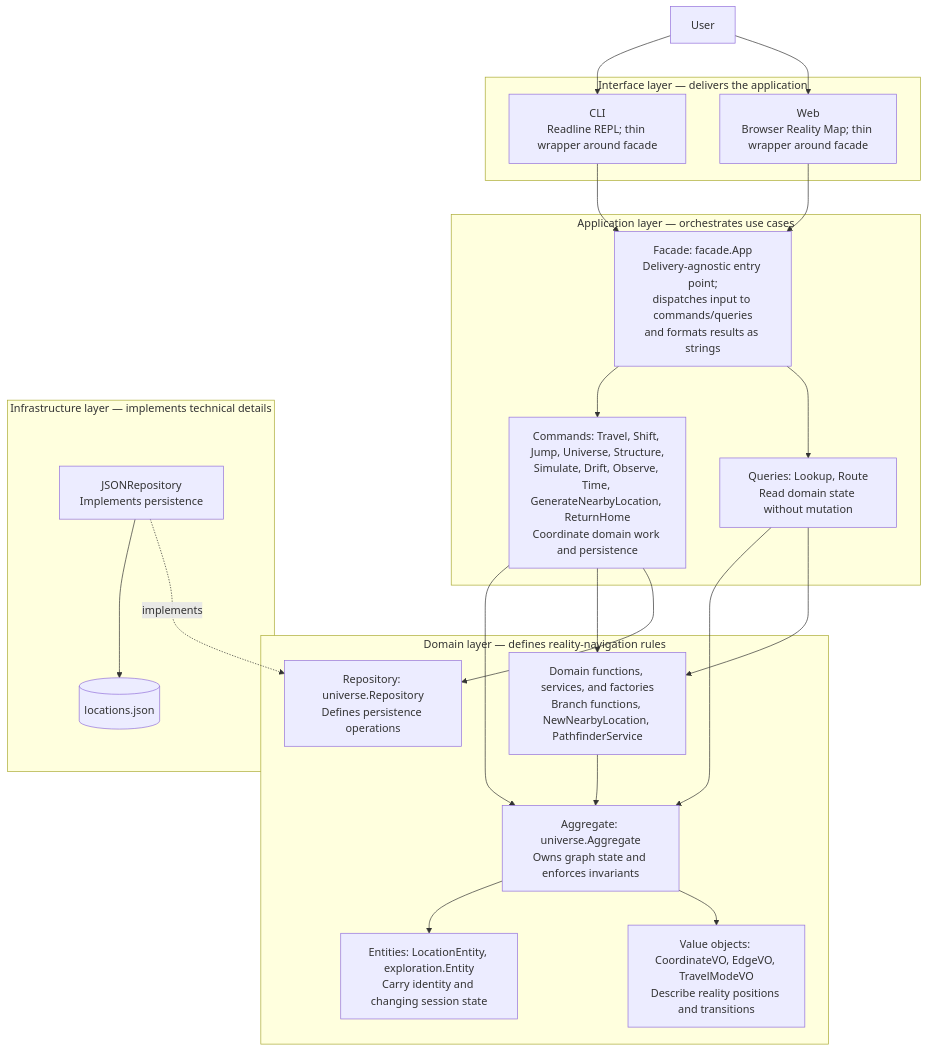
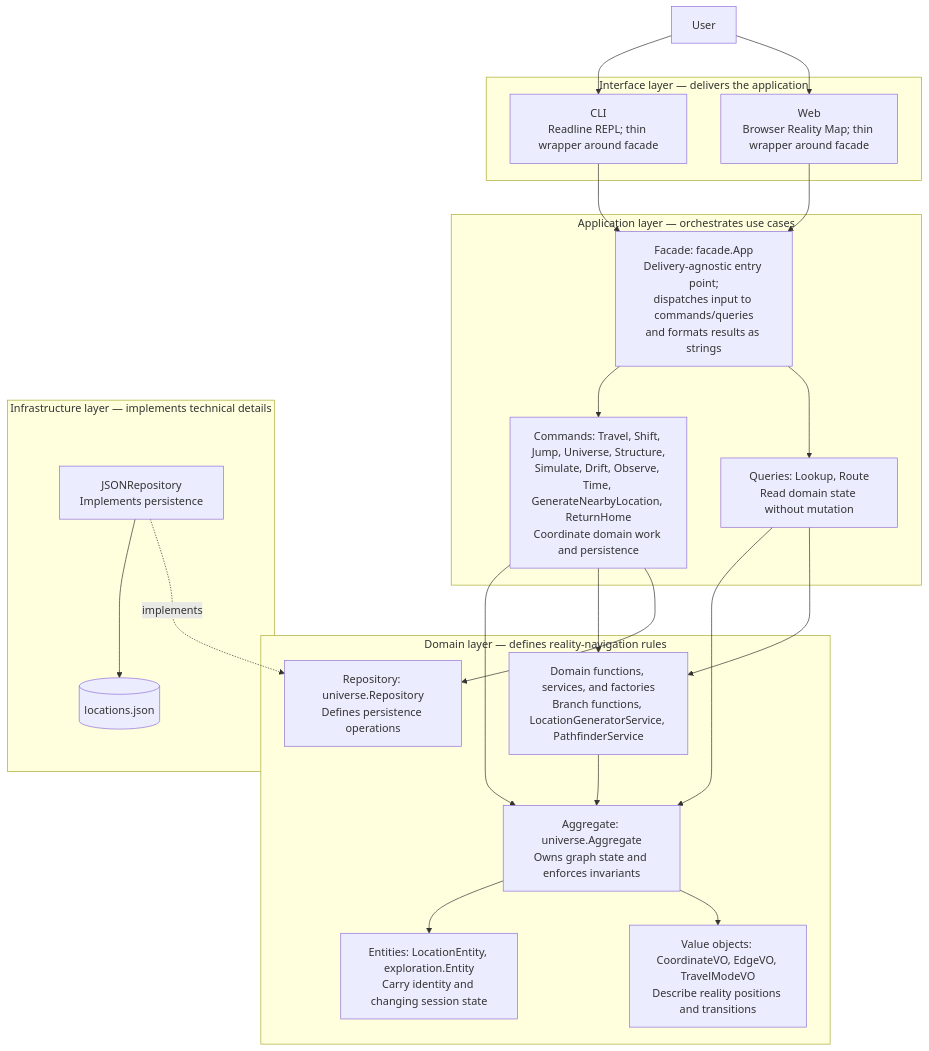
One commit to petherin/onto changed the diagram in docs/DDD.md. Above: the diagram before and after it, drawn with Mermaid. The commit also changed other lines of this file and 1 other file, not shown here.

````diff
--- a/docs/DDD.md
+++ b/docs/DDD.md
@@ -31,43 +31,43 @@
 ```mermaid
 flowchart TB
     subgraph Domain["Domain layer — defines reality-navigation rules"]
         Aggregate["Aggregate: universe.Aggregate<br/>Owns graph state and enforces invariants"]
         Entities["Entities: LocationEntity, exploration.Entity<br/>Carry identity and changing session state"]
         Values["Value objects: CoordinateVO, EdgeVO, TravelModeVO<br/>Describe reality positions and transitions"]
-        Services["Domain functions, services, and factories<br/>Branch functions, NewNearbyLocation, PathfinderService"]
+        Services["Domain functions, services, and factories<br/>Branch functions, LocationGeneratorService, PathfinderService"]
         Repository["Repository: universe.Repository<br/>Defines persistence operations"]
         Aggregate --> Entities
         Aggregate --> Values
         Services --> Aggregate
     end
 
     subgraph Application["Application layer — orchestrates use cases"]
         Facade["Facade: facade.App<br/>Delivery-agnostic entry point;<br/>dispatches input to commands/queries<br/>and formats results as strings"]
         Commands["Commands: Travel, Shift, Jump, Universe, Structure,<br/>Simulate, Drift, Observe, Time, GenerateNearbyLocation, ReturnHome<br/>Coordinate domain work and persistence"]
         Queries["Queries: Lookup, Route<br/>Read domain state without mutation"]
         Facade --> Commands
         Facade --> Queries
     end
 
     subgraph Interface["Interface layer — delivers the application"]
         CLI["CLI<br/>Readline REPL; thin wrapper around facade"]
         WEB["Web<br/>Browser Reality Map; thin wrapper around facade"]
     end
 
     subgraph Infrastructure["Infrastructure layer — implements technical details"]
         JSON["JSONRepository<br/>Implements persistence"]
         Data[(locations.json)]
         JSON --> Data
     end
 
     User[User] --> CLI
     User --> WEB
     CLI --> Facade
     WEB --> Facade
     Commands --> Aggregate
     Commands --> Services
     Commands --> Repository
     Queries --> Aggregate
     Queries --> Services
     JSON -. implements .-> Repository
 ```
````
